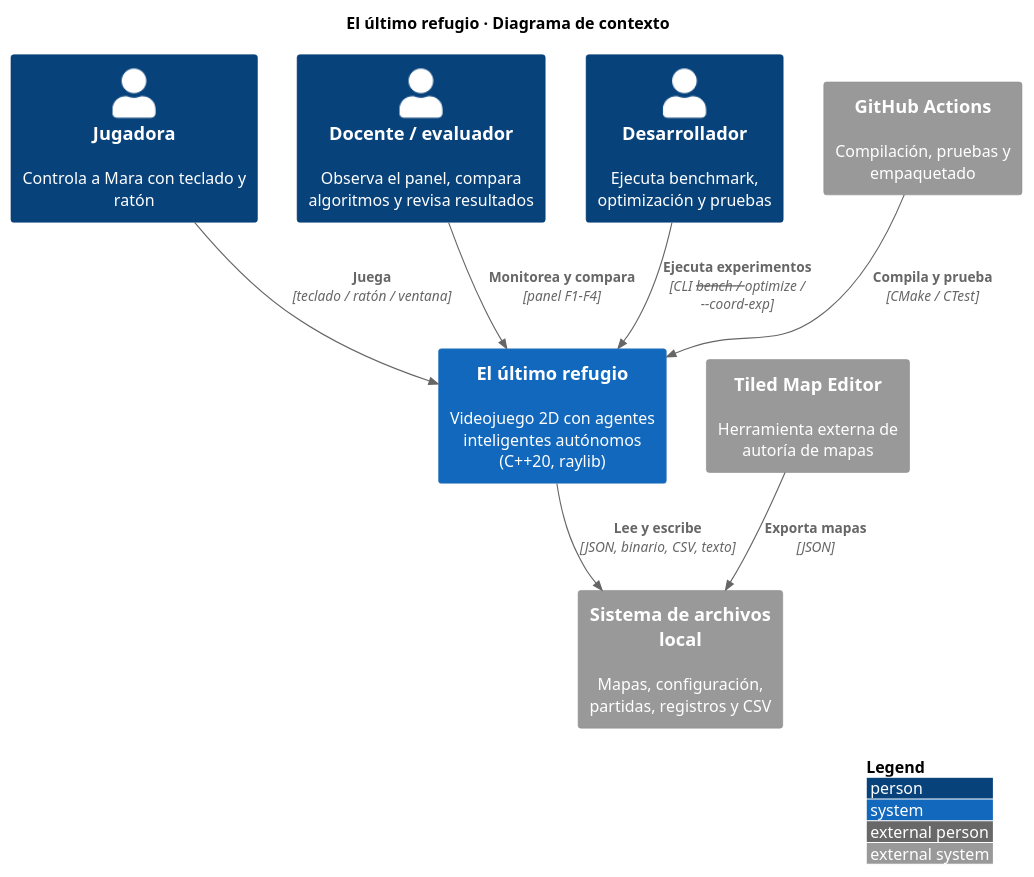
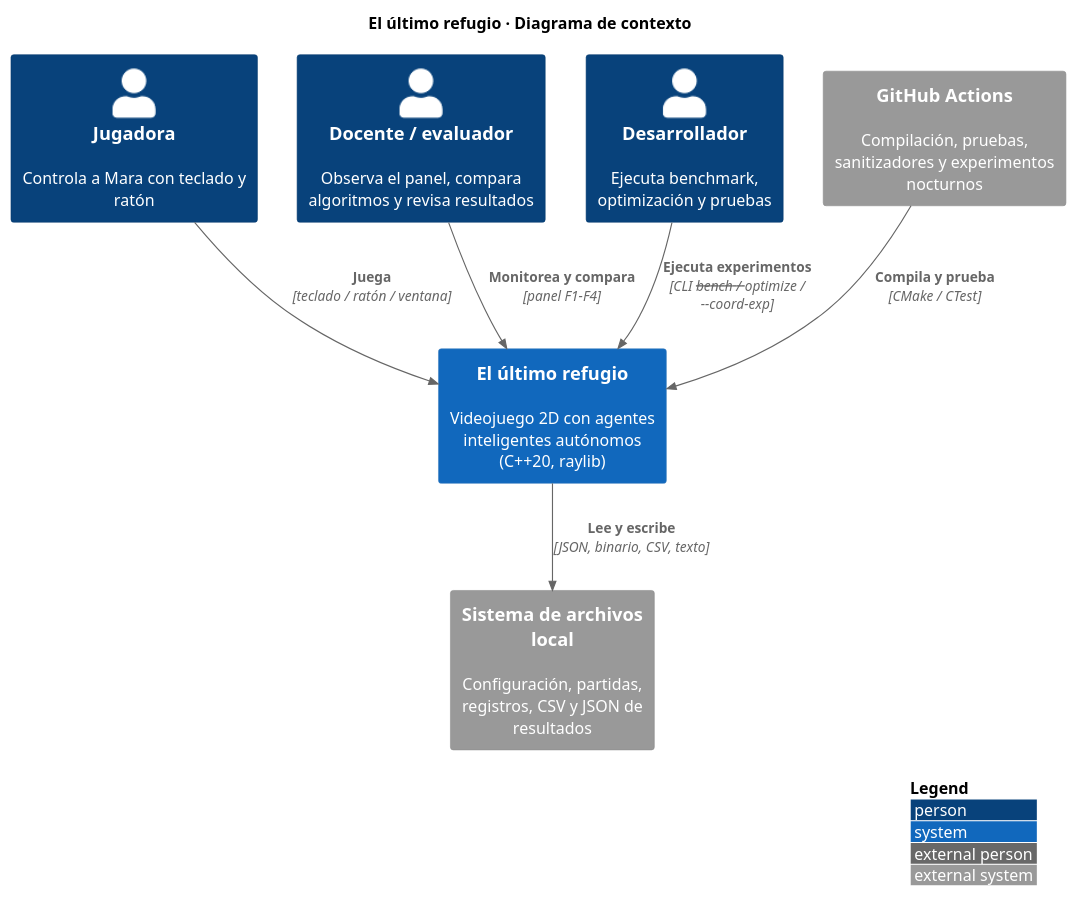
The first of 9 diagrams in docs/07_arquitectura_arc42.md (Daniel0442123/ElUltimoRefugio), drawn with PlantUML before and after one commit. The commit also changed other lines of this file and 21 other files, not shown here.

````diff
--- a/docs/07_arquitectura_arc42.md
+++ b/docs/07_arquitectura_arc42.md
@@ -70,24 +77,22 @@
 ```plantuml
 @startuml C4_Contexto
 !include <C4/C4_Context>
 LAYOUT_WITH_LEGEND()
 title El último refugio · Diagrama de contexto
 
 Person(jugadora, "Jugadora", "Controla a Mara con teclado y ratón")
 Person(docente, "Docente / evaluador", "Observa el panel, compara algoritmos y revisa resultados")
 Person(dev, "Desarrollador", "Ejecuta benchmark, optimización y pruebas")
 
 System(refugio, "El último refugio", "Videojuego 2D con agentes inteligentes autónomos (C++20, raylib)")
 
-System_Ext(tiled, "Tiled Map Editor", "Herramienta externa de autoría de mapas")
-System_Ext(fs, "Sistema de archivos local", "Mapas, configuración, partidas, registros y CSV")
-System_Ext(ci, "GitHub Actions", "Compilación, pruebas y empaquetado")
+System_Ext(fs, "Sistema de archivos local", "Configuración, partidas, registros, CSV y JSON de resultados")
+System_Ext(ci, "GitHub Actions", "Compilación, pruebas, sanitizadores y experimentos nocturnos")
 
 Rel(jugadora, refugio, "Juega", "teclado / ratón / ventana")
 Rel(docente, refugio, "Monitorea y compara", "panel F1–F4")
 Rel(dev, refugio, "Ejecuta experimentos", "CLI --bench / --optimize / --coord-exp")
-Rel(tiled, fs, "Exporta mapas", "JSON")
 Rel(refugio, fs, "Lee y escribe", "JSON, binario, CSV, texto")
 Rel(ci, refugio, "Compila y prueba", "CMake / CTest")
 @enduml
 ```
````
